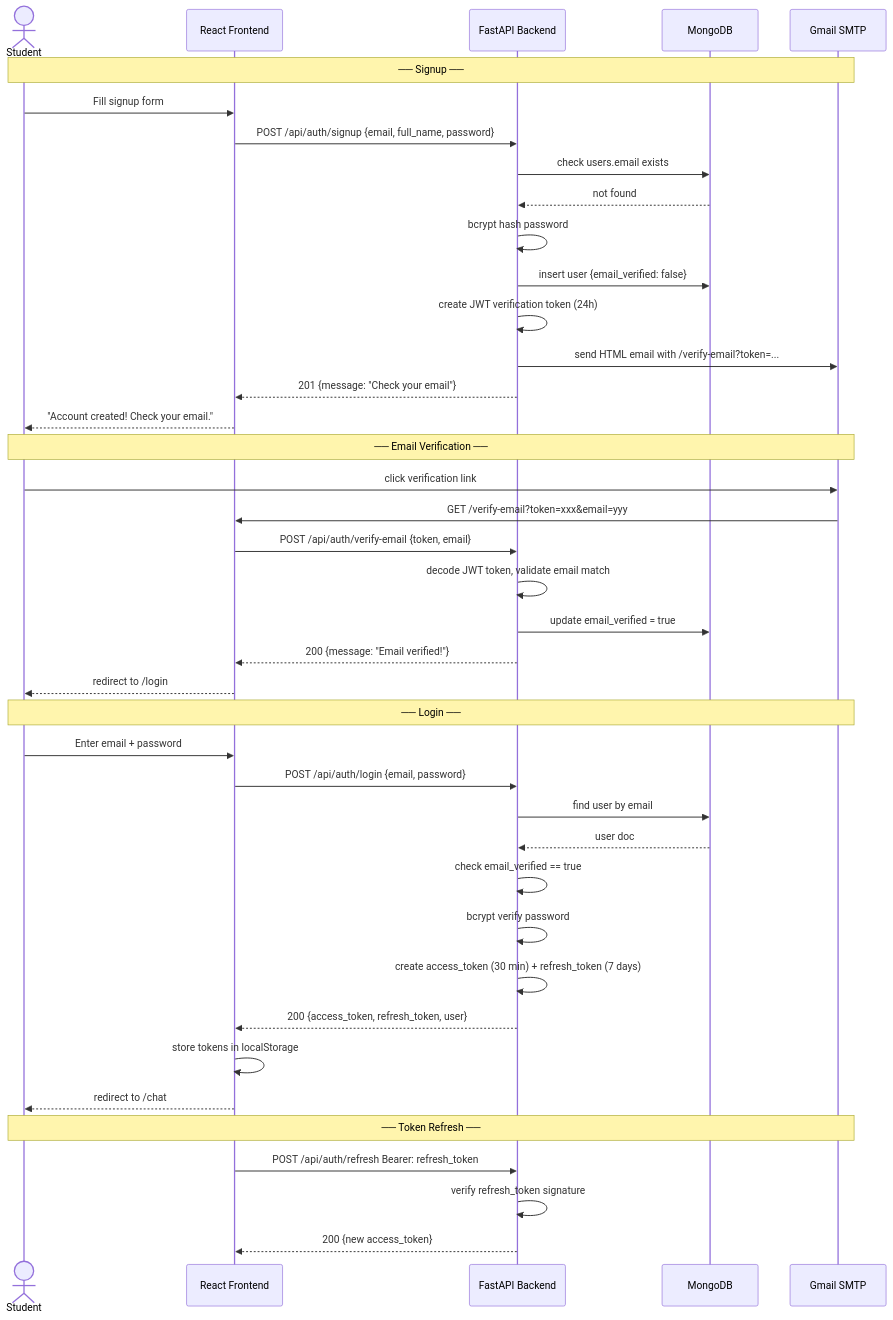
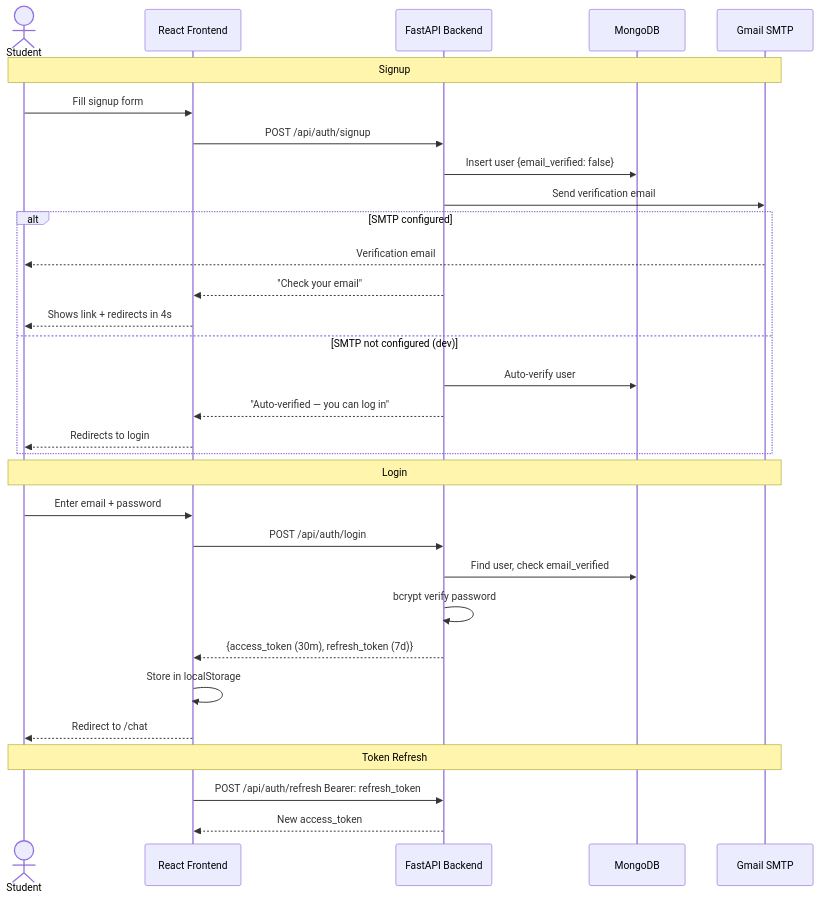
The fourth of 8 diagrams in README.md (bikram993298/Rag_main), drawn with Mermaid before and after one commit. The commit also changed other lines of this file and 22 other files, not shown here.

````diff
--- a/README.md
+++ b/README.md
@@ -332,46 +380,36 @@
 ```mermaid
 sequenceDiagram
     actor Student
     participant FE as React Frontend
     participant BE as FastAPI Backend
     participant DB as MongoDB
     participant Mail as Gmail SMTP
 
-    Note over Student,Mail: ── Signup ──
+    Note over Student,Mail: Signup
     Student->>FE: Fill signup form
-    FE->>BE: POST /api/auth/signup {email, full_name, password}
-    BE->>DB: check users.email exists
-    DB-->>BE: not found
-    BE->>BE: bcrypt hash password
-    BE->>DB: insert user {email_verified: false}
-    BE->>BE: create JWT verification token (24h)
-    BE->>Mail: send HTML email with /verify-email?token=...
-    BE-->>FE: 201 {message: "Check your email"}
-    FE-->>Student: "Account created! Check your email."
+    FE->>BE: POST /api/auth/signup
+    BE->>DB: Insert user {email_verified: false}
+    BE->>Mail: Send verification email
+    alt SMTP configured
+        Mail-->>Student: Verification email
+        BE-->>FE: "Check your email"
+        FE-->>Student: Shows link + redirects in 4s
+    else SMTP not configured (dev)
+        BE->>DB: Auto-verify user
+        BE-->>FE: "Auto-verified — you can log in"
+        FE-->>Student: Redirects to login
+    end
 
-    Note over Student,Mail: ── Email Verification ──
-    Student->>Mail: click verification link
-    Mail->>FE: GET /verify-email?token=xxx&email=yyy
-    FE->>BE: POST /api/auth/verify-email {token, email}
-    BE->>BE: decode JWT token, validate email match
-    BE->>DB: update email_verified = true
-    BE-->>FE: 200 {message: "Email verified!"}
-    FE-->>Student: redirect to /login
+    Note over Student,Mail: Login
+    Student->>FE: Enter email + password
+    FE->>BE: POST /api/auth/login
+    BE->>DB: Find user, check email_verified
+    BE->>BE: bcrypt verify password
+    BE-->>FE: {access_token (30m), refresh_token (7d)}
+    FE->>FE: Store in localStorage
+    FE-->>Student: Redirect to /chat
 
-    Note over Student,Mail: ── Login ──
-    Student->>FE: Enter email + password
-    FE->>BE: POST /api/auth/login {email, password}
-    BE->>DB: find user by email
-    DB-->>BE: user doc
-    BE->>BE: check email_verified == true
-    BE->>BE: bcrypt verify password
-    BE->>BE: create access_token (30 min) + refresh_token (7 days)
-    BE-->>FE: 200 {access_token, refresh_token, user}
-    FE->>FE: store tokens in localStorage
-    FE-->>Student: redirect to /chat
-
-    Note over Student,Mail: ── Token Refresh ──
+    Note over Student,Mail: Token Refresh
     FE->>BE: POST /api/auth/refresh  Bearer: refresh_token
-    BE->>BE: verify refresh_token signature
-    BE-->>FE: 200 {new access_token}
+    BE-->>FE: New access_token
 ```
````
